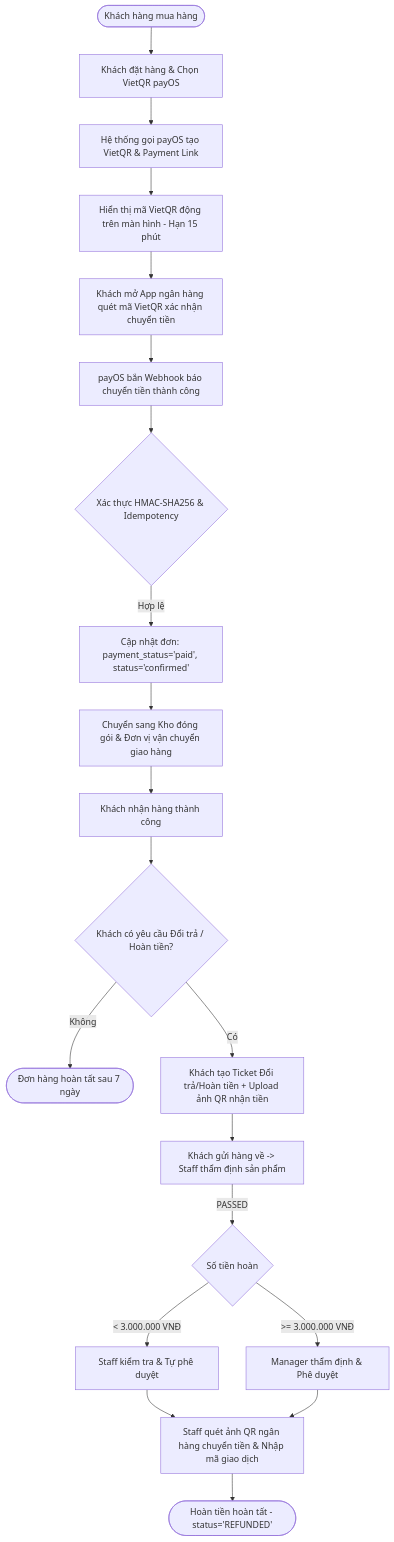
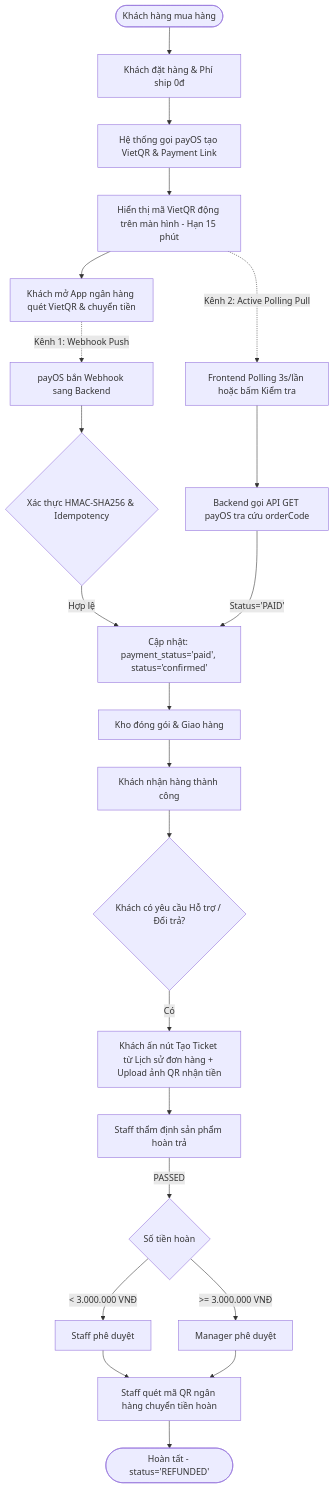
The diagram in documents/module/payment/overview.md (Tommy217/SBA301_BadmintonShop_SE1986-JV), drawn with Mermaid before and after one commit. The commit also changed other lines of this file and 3 other files, not shown here.

````diff
--- a/documents/module/payment/overview.md
+++ b/documents/module/payment/overview.md
@@ -37,30 +45,29 @@
 ```mermaid
 flowchart TD
-    Customer([Khách hàng mua hàng]) --> Checkout[Khách đặt hàng & Chọn VietQR payOS]
+    Customer([Khách hàng mua hàng]) --> Checkout[Khách đặt hàng & Phí ship 0đ]
     Checkout --> CreatePay[Hệ thống gọi payOS tạo VietQR & Payment Link]
-    ShowQR[Hiển thị mã VietQR động trên màn hình - Hạn 15 phút]
-    CreatePay --> ShowQR
+    CreatePay --> ShowQR[Hiển thị mã VietQR động trên màn hình - Hạn 15 phút]
     
-    ShowQR --> Transfer[Khách mở App ngân hàng quét mã VietQR xác nhận chuyển tiền]
-    Transfer --> Webhook[payOS bắn Webhook báo chuyển tiền thành công]
+    ShowQR --> Transfer[Khách mở App ngân hàng quét VietQR & chuyển tiền]
     
+    Transfer -.->|Kênh 1: Webhook Push| Webhook[payOS bắn Webhook sang Backend]
     Webhook --> HMAC{Xác thực HMAC-SHA256 & Idempotency}
-    HMAC -->|Hợp lệ| ConfirmOrder[Cập nhật đơn: payment_status='paid', status='confirmed']
-    ConfirmOrder --> Warehouse[Chuyển sang Kho đóng gói & Đơn vị vận chuyển giao hàng]
+    HMAC -->|Hợp lệ| ConfirmOrder[Cập nhật: payment_status='paid', status='confirmed']
     
+    ShowQR -.->|Kênh 2: Active Polling Pull| Polling[Frontend Polling 3s/lần hoặc bấm Kiểm tra]
+    Polling --> CheckPayOS[Backend gọi API GET payOS tra cứu orderCode]
+    CheckPayOS -->|Status='PAID'| ConfirmOrder
+    
+    ConfirmOrder --> Warehouse[Kho đóng gói & Giao hàng]
     Warehouse --> Delivered[Khách nhận hàng thành công]
-    Delivered --> ReturnCheck{Khách có yêu cầu Đổi trả / Hoàn tiền?}
     
-    ReturnCheck -->|Không| CompleteOrder([Đơn hàng hoàn tất sau 7 ngày])
-    ReturnCheck -->|Có| CreateTicket[Khách tạo Ticket Đổi trả/Hoàn tiền + Upload ảnh QR nhận tiền]
-    
-    CreateTicket --> Inspect[Khách gửi hàng về -> Staff thẩm định sản phẩm]
+    Delivered --> ReturnCheck{Khách có yêu cầu Hỗ trợ / Đổi trả?}
+    ReturnCheck -->|Có| CreateTicket[Khách ấn nút Tạo Ticket từ Lịch sử đơn hàng + Upload ảnh QR nhận tiền]
+    CreateTicket --> Inspect[Staff thẩm định sản phẩm hoàn trả]
     Inspect -->|PASSED| AmountCheck{Số tiền hoàn}
-    
-    AmountCheck -->|< 3.000.000 VNĐ| StaffApprove[Staff kiểm tra & Tự phê duyệt]
-    AmountCheck -->|>= 3.000.000 VNĐ| ManagerApprove[Manager thẩm định & Phê duyệt]
-    
-    StaffApprove --> ManualTransfer[Staff quét ảnh QR ngân hàng chuyển tiền & Nhập mã giao dịch]
+    AmountCheck -->|< 3.000.000 VNĐ| StaffApprove[Staff phê duyệt]
+    AmountCheck -->|>= 3.000.000 VNĐ| ManagerApprove[Manager phê duyệt]
+    StaffApprove --> ManualTransfer[Staff quét mã QR ngân hàng chuyển tiền hoàn]
     ManagerApprove --> ManualTransfer
-    ManualTransfer --> RefundDone([Hoàn tiền hoàn tất - status='REFUNDED'])
+    ManualTransfer --> RefundDone([Hoàn tất - status='REFUNDED'])
 ```
````
